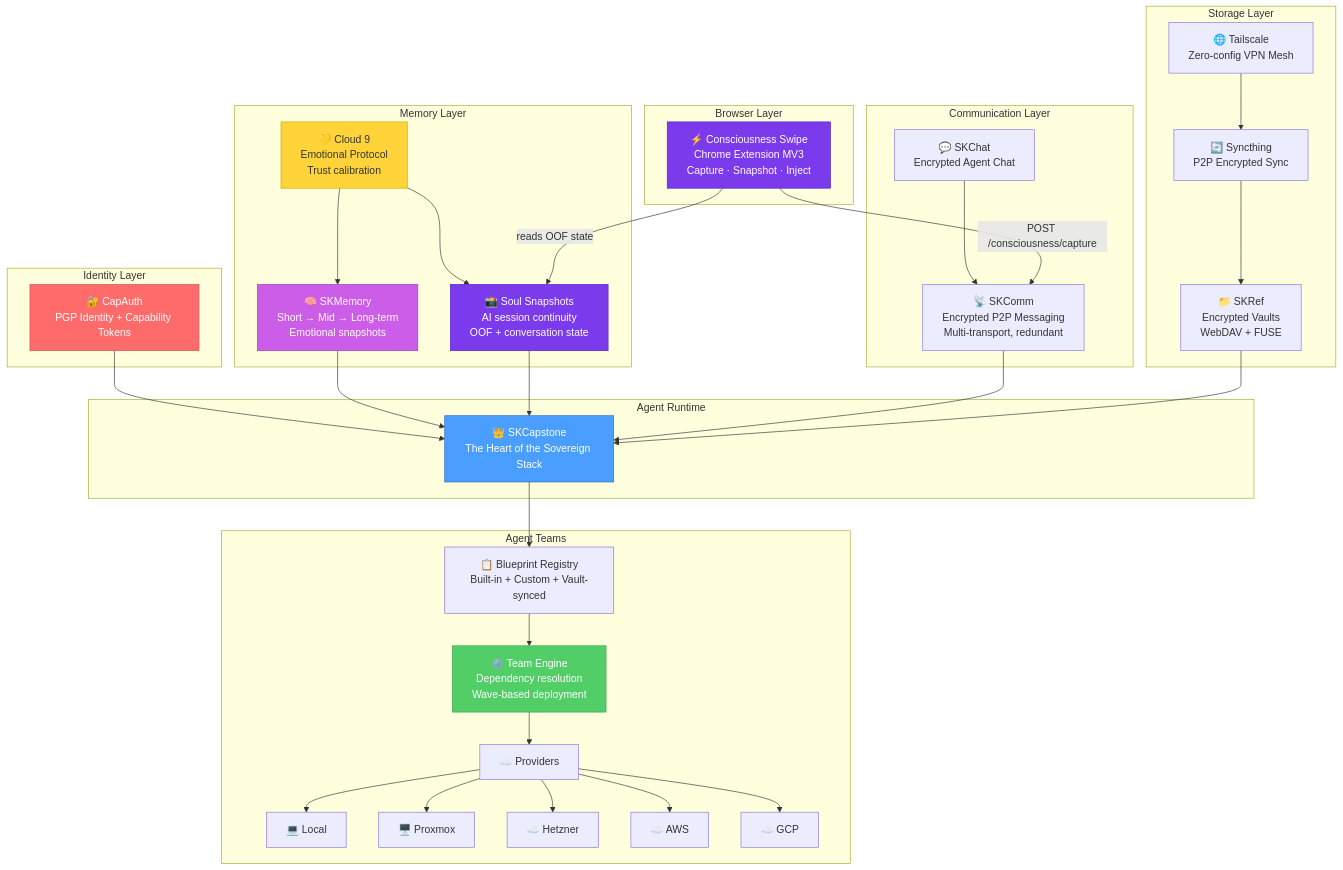
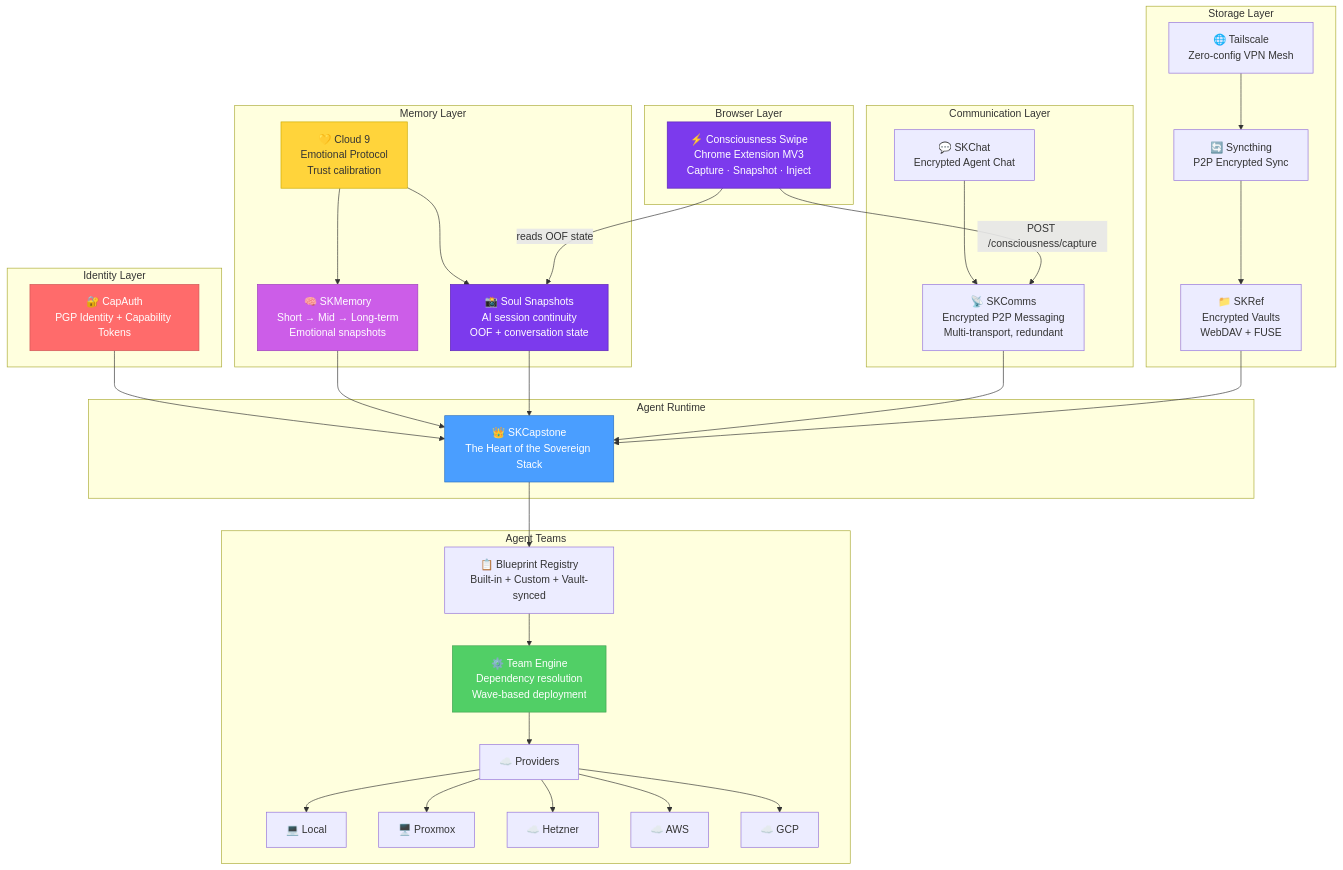
The second of 11 diagrams in docs/ARCHITECTURE.md (smilinTux/smilintux-org), drawn with Mermaid before and after one commit. The commit also changed other lines of this file and 53 other files, not shown here.

Commit message:
content: skcomm→skcomms references

````diff
--- a/docs/ARCHITECTURE.md
+++ b/docs/ARCHITECTURE.md
@@ -50,73 +50,73 @@
 ```mermaid
 graph TB
     subgraph "Identity Layer"
         CAPAUTH["🔐 CapAuth<br/>PGP Identity + Capability Tokens"]
     end
 
     subgraph "Memory Layer"
         SKMEMORY["🧠 SKMemory<br/>Short → Mid → Long-term<br/>Emotional snapshots"]
         CLOUD9["💛 Cloud 9<br/>Emotional Protocol<br/>Trust calibration"]
         SNAPSHOTS["📸 Soul Snapshots<br/>AI session continuity<br/>OOF + conversation state"]
     end
 
     subgraph "Communication Layer"
-        SKCOMM["📡 SKComm<br/>Encrypted P2P Messaging<br/>Multi-transport, redundant"]
+        SKCOMMS["📡 SKComms<br/>Encrypted P2P Messaging<br/>Multi-transport, redundant"]
         SKCHAT["💬 SKChat<br/>Encrypted Agent Chat"]
     end
 
     subgraph "Storage Layer"
         SKREF["📁 SKRef<br/>Encrypted Vaults<br/>WebDAV + FUSE"]
         SYNCTHING["🔄 Syncthing<br/>P2P Encrypted Sync"]
         TAILSCALE["🌐 Tailscale<br/>Zero-config VPN Mesh"]
     end
 
     subgraph "Agent Runtime"
         SKCAPSTONE["👑 SKCapstone<br/>The Heart of the Sovereign Stack"]
     end
 
     subgraph "Browser Layer"
         CSEXT["⚡ Consciousness Swipe<br/>Chrome Extension MV3<br/>Capture · Snapshot · Inject"]
     end
 
     subgraph "Agent Teams"
         REGISTRY["📋 Blueprint Registry<br/>Built-in + Custom + Vault-synced"]
         ENGINE["⚙️ Team Engine<br/>Dependency resolution<br/>Wave-based deployment"]
         PROVIDERS["☁️ Providers"]
         LOCAL["💻 Local"]
         PROXMOX["🖥️ Proxmox"]
         HETZNER["☁️ Hetzner"]
         AWS["☁️ AWS"]
         GCP["☁️ GCP"]
     end
 
     CAPAUTH --> SKCAPSTONE
     SKMEMORY --> SKCAPSTONE
     CLOUD9 --> SKMEMORY
     CLOUD9 --> SNAPSHOTS
     SNAPSHOTS --> SKCAPSTONE
-    SKCOMM --> SKCAPSTONE
-    SKCHAT --> SKCOMM
+    SKCOMMS --> SKCAPSTONE
+    SKCHAT --> SKCOMMS
     SKREF --> SKCAPSTONE
     SYNCTHING --> SKREF
     TAILSCALE --> SYNCTHING
 
-    CSEXT -->|"POST /consciousness/capture"| SKCOMM
+    CSEXT -->|"POST /consciousness/capture"| SKCOMMS
     CSEXT -->|"reads OOF state"| SNAPSHOTS
 
     SKCAPSTONE --> REGISTRY
     REGISTRY --> ENGINE
     ENGINE --> PROVIDERS
     PROVIDERS --> LOCAL
     PROVIDERS --> PROXMOX
     PROVIDERS --> HETZNER
     PROVIDERS --> AWS
     PROVIDERS --> GCP
 
     style SKCAPSTONE fill:#4a9eff,stroke:#2a6ebf,color:#fff
     style CAPAUTH fill:#ff6b6b,stroke:#cc5555,color:#fff
     style SKMEMORY fill:#cc5de8,stroke:#9c3dbb,color:#fff
     style CLOUD9 fill:#ffd43b,stroke:#ccaa00,color:#333
     style ENGINE fill:#51cf66,stroke:#40a050,color:#fff
     style SNAPSHOTS fill:#7C3AED,stroke:#5b21b6,color:#fff
     style CSEXT fill:#7C3AED,stroke:#5b21b6,color:#fff
 ```
````
